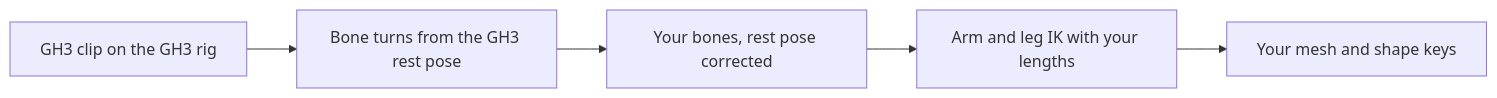
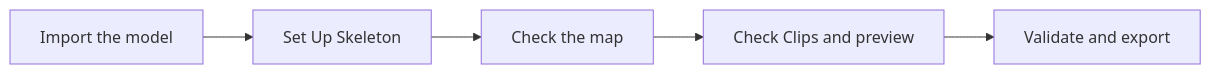
The diagram in docs/CREATOR-GUIDE.md (heditwo/gh3-clonehero-skin), drawn with Mermaid before and after one commit. The commit also changed other lines of this file and 6 other files, not shown here.

````diff
--- a/docs/CREATOR-GUIDE.md
+++ b/docs/CREATOR-GUIDE.md
@@ -185,7 +187,7 @@
 ```mermaid
 flowchart LR
-    Clip[GH3 clip on the GH3 rig] --> Turn[Bone turns from the GH3 rest pose]
-    Turn --> Bones[Your bones, rest pose corrected]
-    Bones --> IK[Arm and leg IK with your lengths]
-    IK --> Mesh[Your mesh and shape keys]
+    Import[Import the model] --> Setup[Set Up Skeleton]
+    Setup --> Check[Check the map]
+    Check --> Clips[Check Clips and preview]
+    Clips --> Export[Validate and export]
 ```
````
